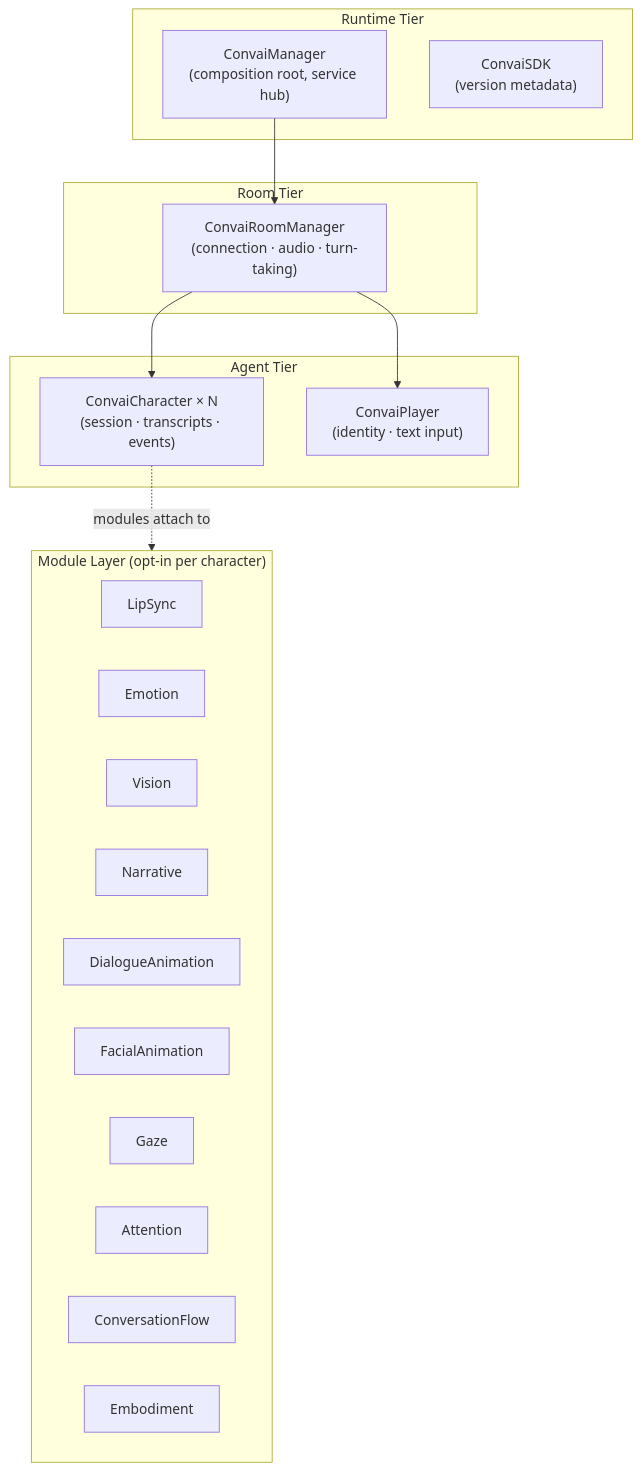
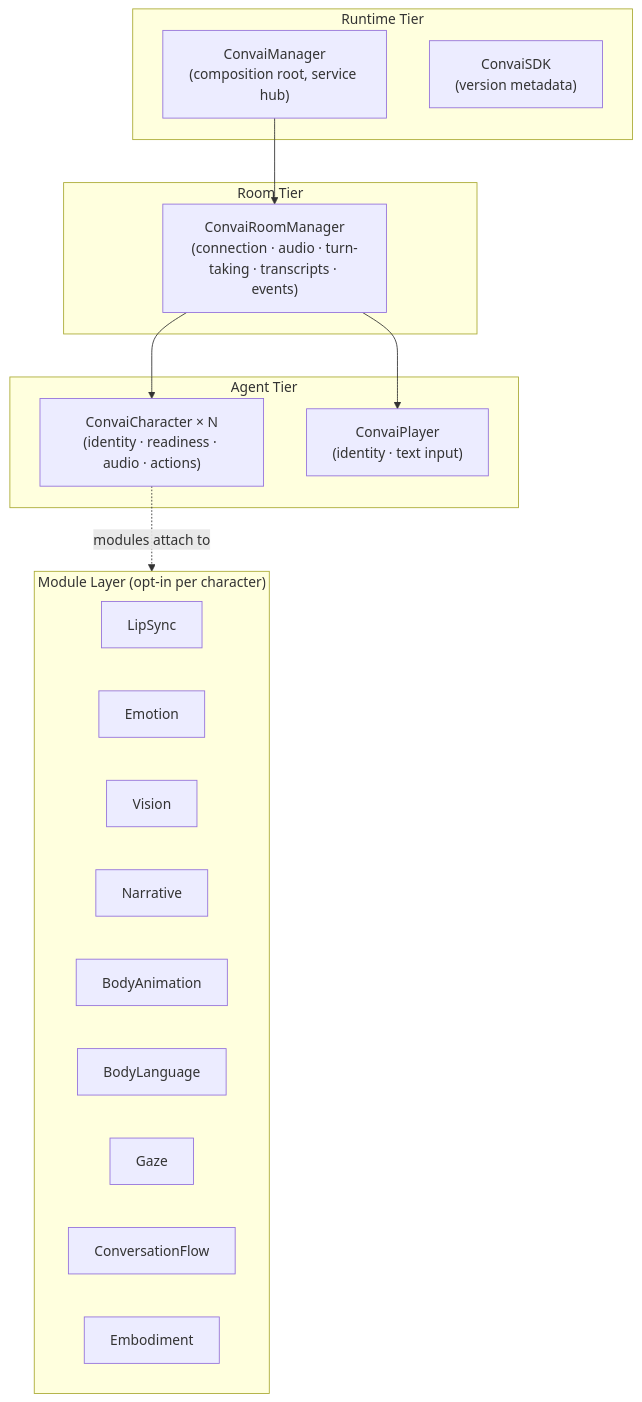
One commit to Conv-AI/Convai-Documentation changed the diagram in plugins-and-integrations/convai-unity-sdk/overview/convai-unity-sdk-architecture.md. Above: the diagram before and after it, drawn with Mermaid. The commit also changed other lines of this file and 118 other files, not shown here.

````diff
--- a/plugins-and-integrations/convai-unity-sdk/overview/convai-unity-sdk-architecture.md
+++ b/plugins-and-integrations/convai-unity-sdk/overview/convai-unity-sdk-architecture.md
@@ -13,35 +13,34 @@
 ```mermaid
 graph TD
     subgraph RT["Runtime Tier"]
         CM["ConvaiManager\n(composition root, service hub)"]
         CS["ConvaiSDK\n(version metadata)"]
     end
 
     subgraph RM_TIER["Room Tier"]
-        RM["ConvaiRoomManager\n(connection · audio · turn-taking)"]
+        RM["ConvaiRoomManager\n(connection · audio · turn-taking · transcripts · events)"]
     end
 
     subgraph AG["Agent Tier"]
-        CC["ConvaiCharacter × N\n(session · transcripts · events)"]
+        CC["ConvaiCharacter × N\n(identity · readiness · audio · actions)"]
         CP["ConvaiPlayer\n(identity · text input)"]
     end
 
     subgraph ML["Module Layer (opt-in per character)"]
         direction LR
         LS[LipSync]
         EM[Emotion]
         VI[Vision]
         NA[Narrative]
-        DA[DialogueAnimation]
-        FA[FacialAnimation]
+        BA[BodyAnimation]
+        BL[BodyLanguage]
         GA[Gaze]
-        AT[Attention]
         CF[ConversationFlow]
         EB[Embodiment]
     end
 
     CM --> RM
     RM --> CC
     RM --> CP
     CC -.->|modules attach to| ML
 ```
````
